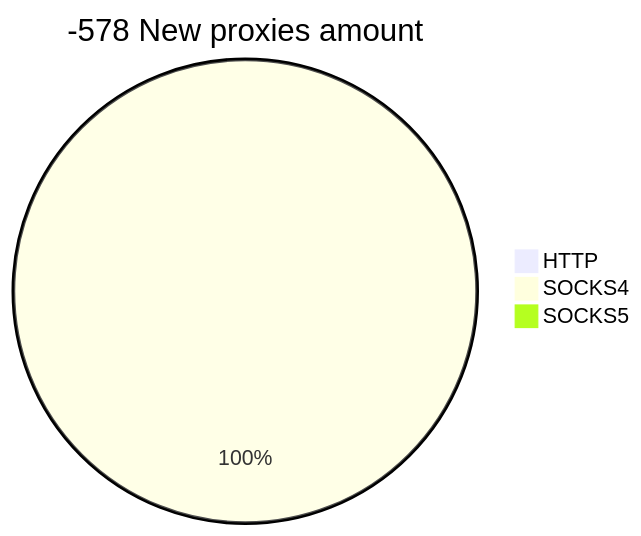
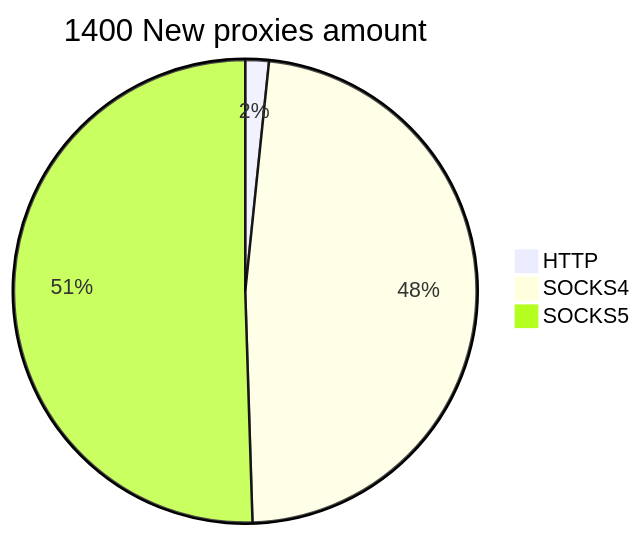
Before and after one commit to cutipu/proxylist: the second of 2 diagrams in README.md, drawn with Mermaid. The commit also changed other lines of this file, not shown here.

````diff
--- a/README.md
+++ b/README.md
@@ -10,6 +10,6 @@
 ```mermaid
-pie title -578 New proxies amount
-    "HTTP" : 0
-    "SOCKS4" : 1
-    "SOCKS5" : 0
+pie title 1400 New proxies amount
+    "HTTP" : 23
+    "SOCKS4" : 670
+    "SOCKS5" : 707
 ```
````
